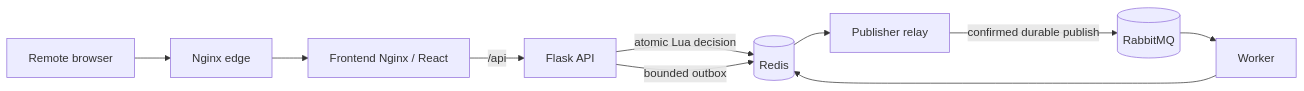
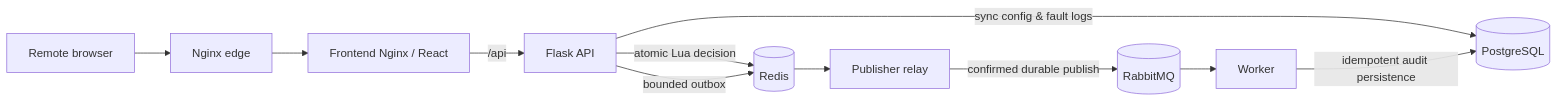
The diagram in README.md (Anvi3011/RateLimit_Studio), drawn with Mermaid before and after one commit. The commit also changed other lines of this file and 32 other files, not shown here.

Commit message:
Add PostgreSQL logging, analytics, and secure session isolation

````diff
--- a/README.md
+++ b/README.md
@@ -17,12 +18,13 @@
 ```mermaid
 flowchart LR
   C[Remote browser] --> N[Nginx edge]
   N --> F[Frontend Nginx / React]
   F -->|/api| B[Flask API]
   B -->|atomic Lua decision| R[(Redis)]
   B -->|bounded outbox| R
+  B -->|sync config & fault logs| PG[(PostgreSQL)]
   P[Publisher relay] -->|confirmed durable publish| Q[(RabbitMQ)]
   R --> P
   Q --> W[Worker]
-  W --> R
+  W -->|idempotent audit persistence| PG
 ```
````
